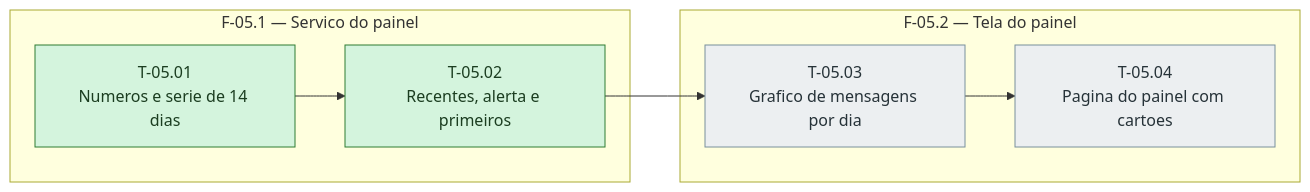
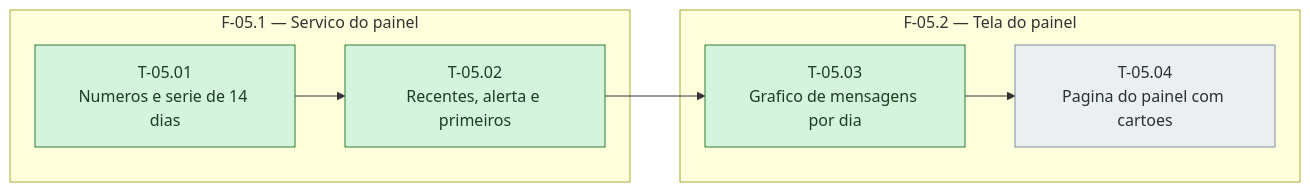
One commit to bittencourtthulio/converse-chatbot changed the diagram in docs/historico-de-conversas/sprint-05/fases.md. Above: the diagram before and after it, drawn with Mermaid. The commit also changed 6 other files, not shown here.

````diff
--- a/docs/historico-de-conversas/sprint-05/fases.md
+++ b/docs/historico-de-conversas/sprint-05/fases.md
@@ -31,26 +31,26 @@
 ```mermaid
 %% Grafo de tasks — sprint-05 — gerado pela sprintx a partir de tasks.md
 flowchart LR
   subgraph fase_05_1["F-05.1 — Servico do painel"]
     T_05_01["T-05.01<br/>Numeros e serie de 14 dias"]
     T_05_02["T-05.02<br/>Recentes, alerta e primeiros"]
   end
   subgraph fase_05_2["F-05.2 — Tela do painel"]
     T_05_03["T-05.03<br/>Grafico de mensagens por dia"]
     T_05_04["T-05.04<br/>Pagina do painel com cartoes"]
   end
   T_05_01 --> T_05_02
   T_05_02 --> T_05_03
   T_05_03 --> T_05_04
 
   classDef concluida fill:#d4f4dd,stroke:#2e7d32,color:#1b3d20
   classDef andamento fill:#fff3cd,stroke:#b8860b,color:#4a3800
   classDef bloqueada fill:#f8d7da,stroke:#c62828,color:#4a1d1f
   classDef pendente  fill:#eceff1,stroke:#78909c,color:#263238
   classDef critico   stroke-width:3px
 
   class T_05_01 concluida
   class T_05_02 concluida
-  class T_05_03 pendente
+  class T_05_03 concluida
   class T_05_04 pendente
 ```
````
